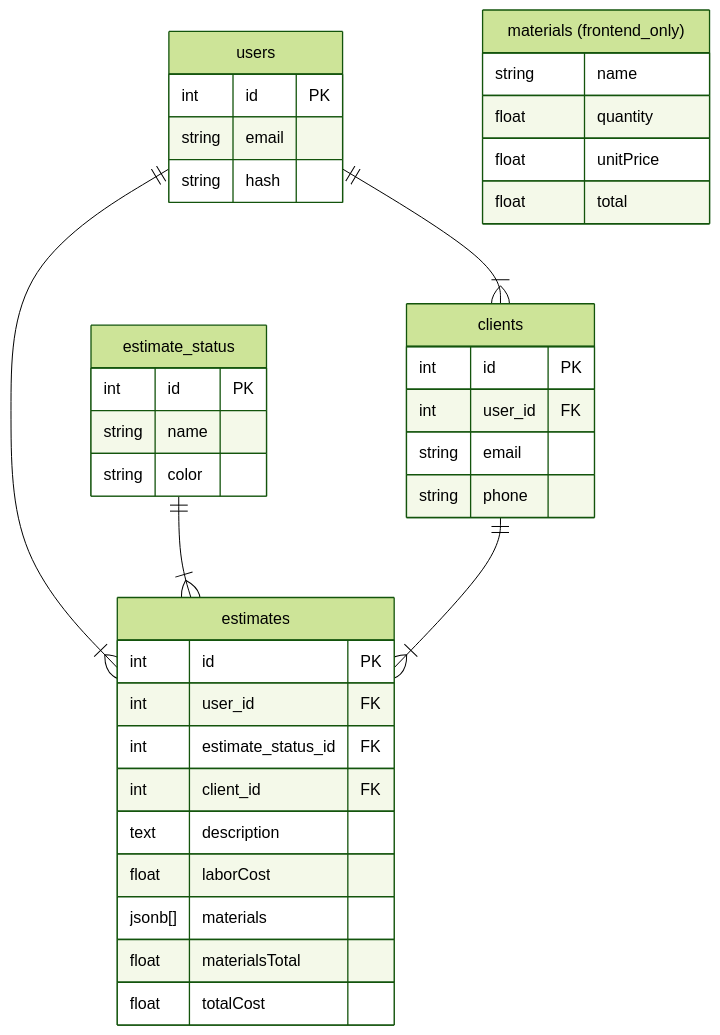
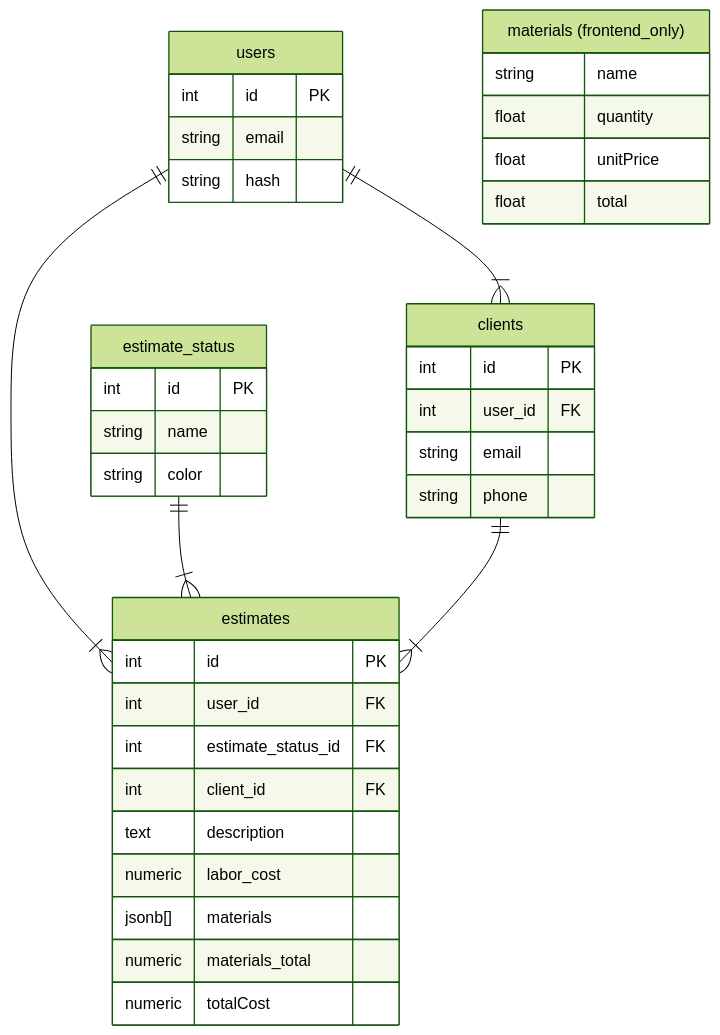
Before and after one commit to pucodev/aynix: the second of 2 diagrams in aynix-obsidian-vault/README.md, drawn with Mermaid (forest theme). The commit also changed 2 other files, not shown here.

Commit message:
[#9] docs: update documentation for run project

````diff
--- a/aynix-obsidian-vault/README.md
+++ b/aynix-obsidian-vault/README.md
@@ -41,41 +41,41 @@
 ```mermaid
 erDiagram
 	users {
 		int id PK
 		string email
 		string hash
 	}
 	clients {
 		int id PK
 		int user_id FK
 		string email
 		string phone
 	}
 	estimates {
 		int id PK
 		int user_id FK
 		int estimate_status_id FK
 		int client_id FK
 		text description
-		float laborCost
+		numeric labor_cost
 		jsonb[] materials
-		float materialsTotal
-		float totalCost
+		numeric materials_total
+		numeric totalCost
 	}
 	estimate_status {
 		int id PK
 		string name
 		string color
 	}
 	"materials (frontend_only)" {
 		string name
 		float quantity
 		float unitPrice
 		float total
 	}
 
 	users 1--1+ clients : ""
 	users 1--1+ estimates : ""
 	estimate_status 1--1+ estimates  : ""
 	clients 1--1+ estimates : ""
 ```
````
